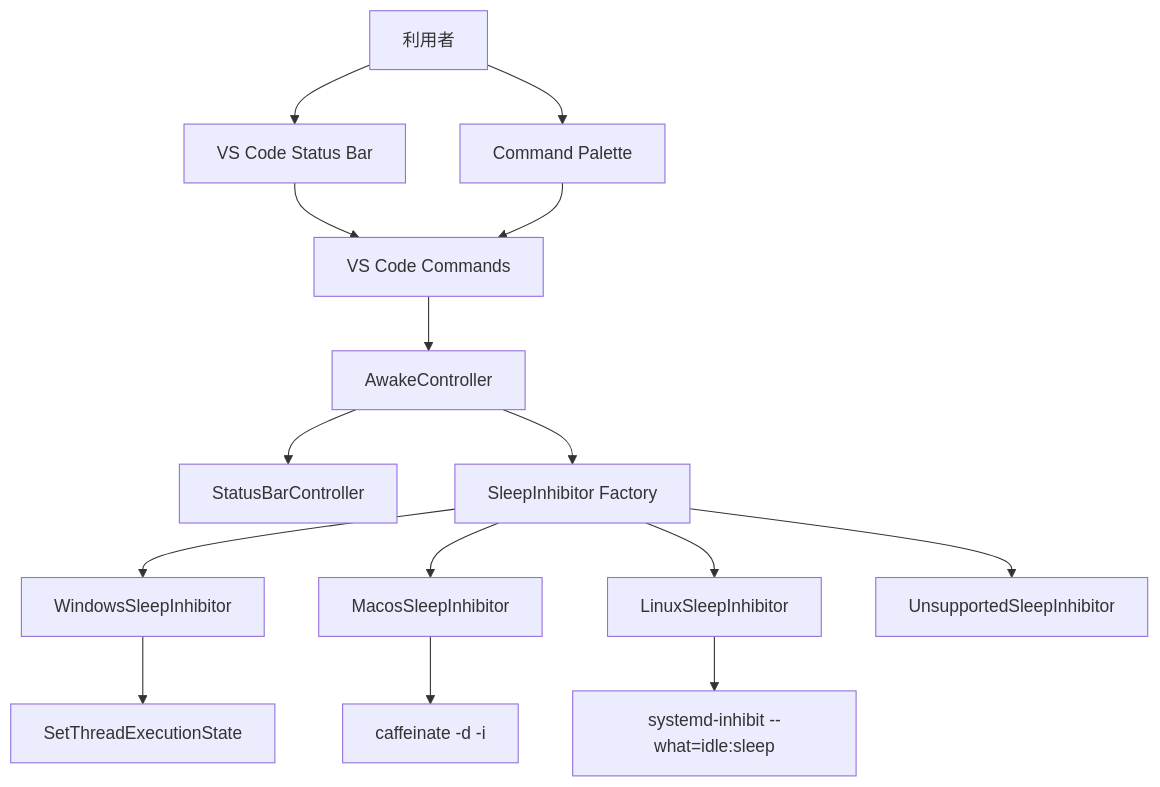
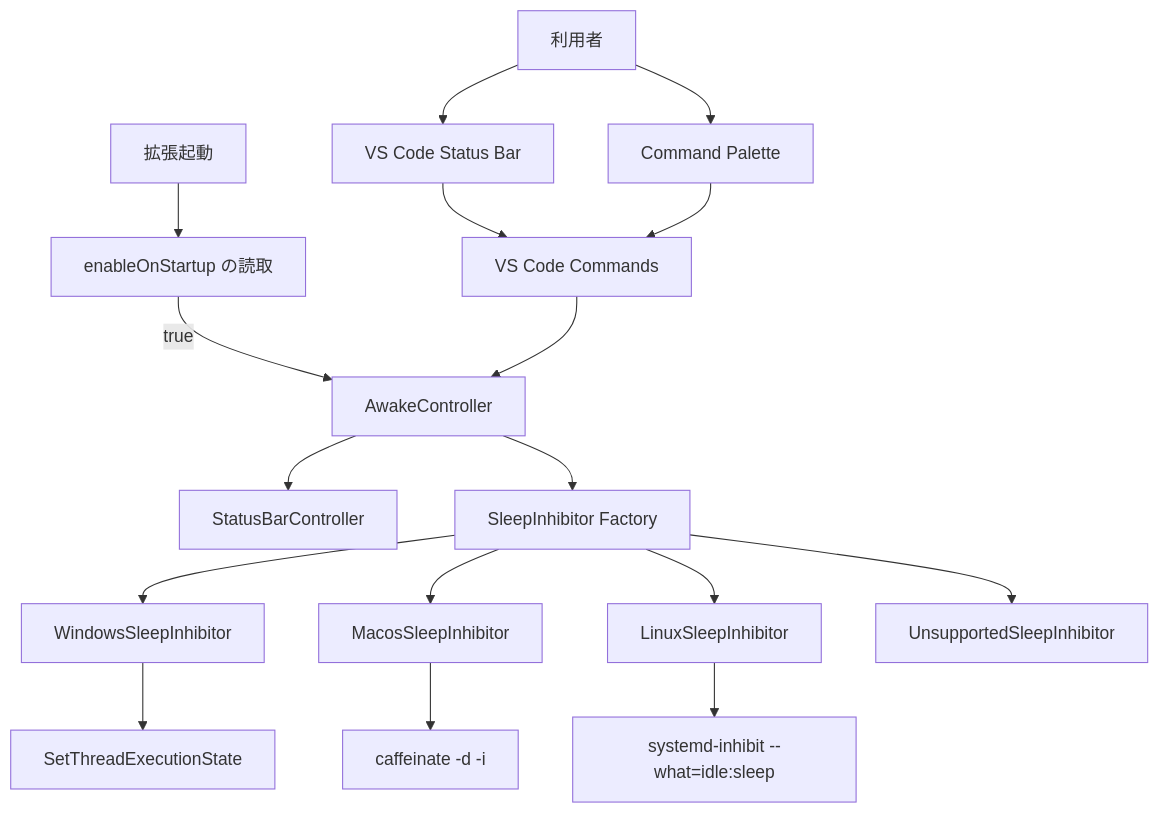
One commit to Knworks/awake-screen changed the diagram in docs/02_architect.md. Above: the diagram before and after it, drawn with Mermaid. The commit also changed other lines of this file and 5 other files, not shown here.

Commit message:
feat: add an option to enable Keep Awake on startup

````diff
--- a/docs/02_architect.md
+++ b/docs/02_architect.md
@@ -191,17 +198,19 @@
 ```mermaid
 flowchart TD
   User[利用者] --> StatusBar[VS Code Status Bar]
   User --> Palette[Command Palette]
   StatusBar --> Commands[VS Code Commands]
   Palette --> Commands
-  Commands --> Controller[AwakeController]
+  Startup[拡張起動] --> Settings[enableOnStartup の読取]
+  Settings -->|true| Controller[AwakeController]
+  Commands --> Controller
   Controller --> UI[StatusBarController]
   Controller --> Factory[SleepInhibitor Factory]
   Factory --> Win[WindowsSleepInhibitor]
   Factory --> Mac[MacosSleepInhibitor]
   Factory --> Linux[LinuxSleepInhibitor]
   Factory --> Unsupported[UnsupportedSleepInhibitor]
   Mac --> Caffeinate[caffeinate -d -i]
   Linux --> Inhibit[systemd-inhibit --what=idle:sleep]
   Win --> WinApi[SetThreadExecutionState]
 ```
````
